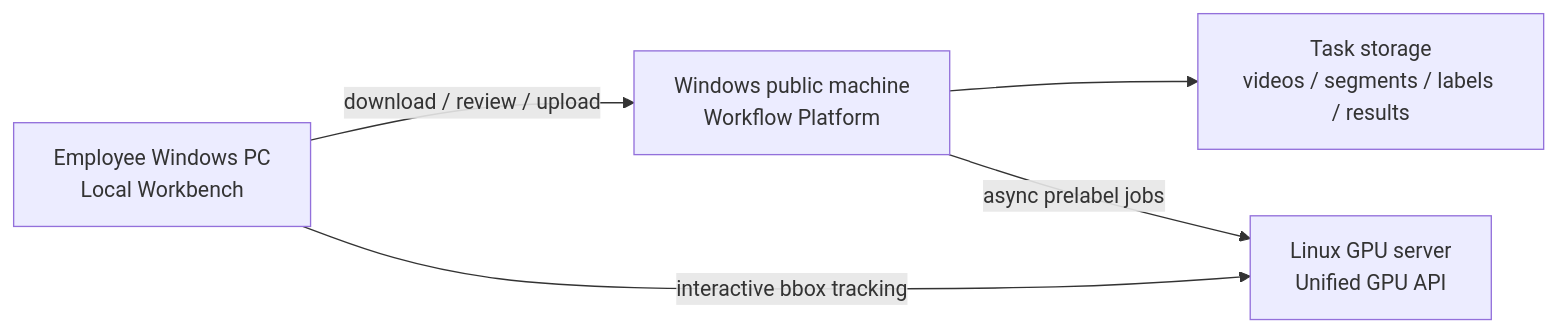
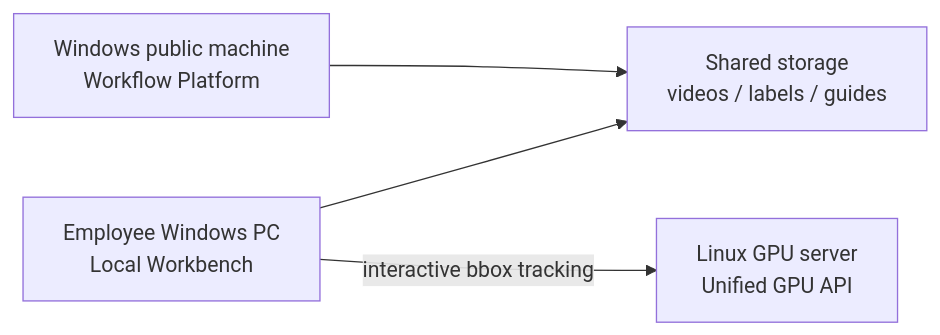
The diagram in README.md (JasenZ2000/VideoAnnotate), drawn with Mermaid before and after one commit. The commit also changed other lines of this file and 37 other files, not shown here.

````diff
--- a/README.md
+++ b/README.md
@@ -9,12 +9,11 @@
 ```mermaid
 flowchart LR
     P["Windows public machine<br/>Workflow Platform"]
     G["Linux GPU server<br/>Unified GPU API"]
     A["Employee Windows PC<br/>Local Workbench"]
-    D["Task storage<br/>videos / segments / labels / results"]
+    D["Shared storage<br/>videos / labels / guides"]
 
     P --> D
-    P -->|"async prelabel jobs"| G
-    A -->|"download / review / upload"| P
+    A --> D
     A -->|"interactive bbox tracking"| G
 ```
````
